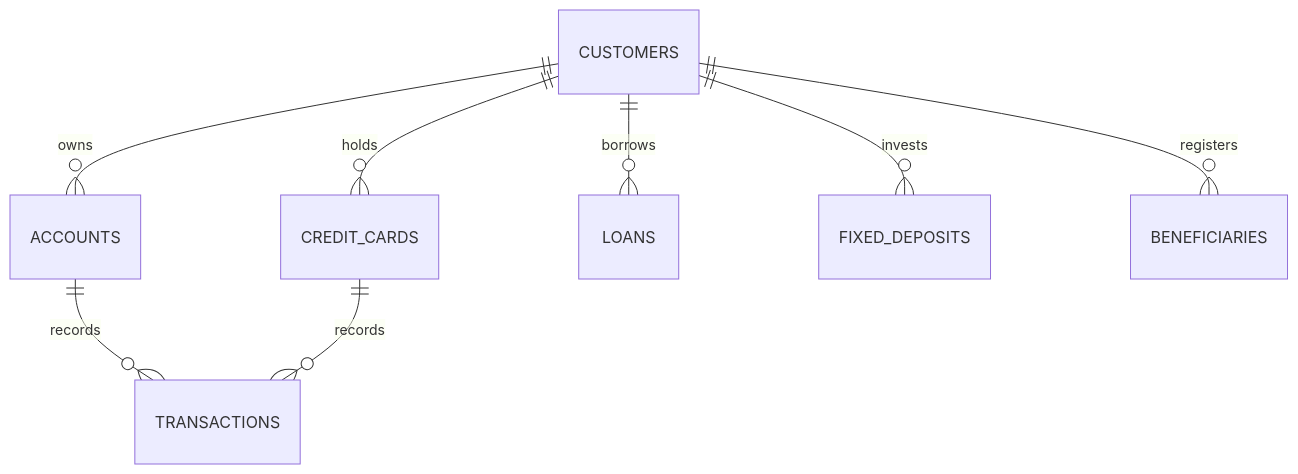
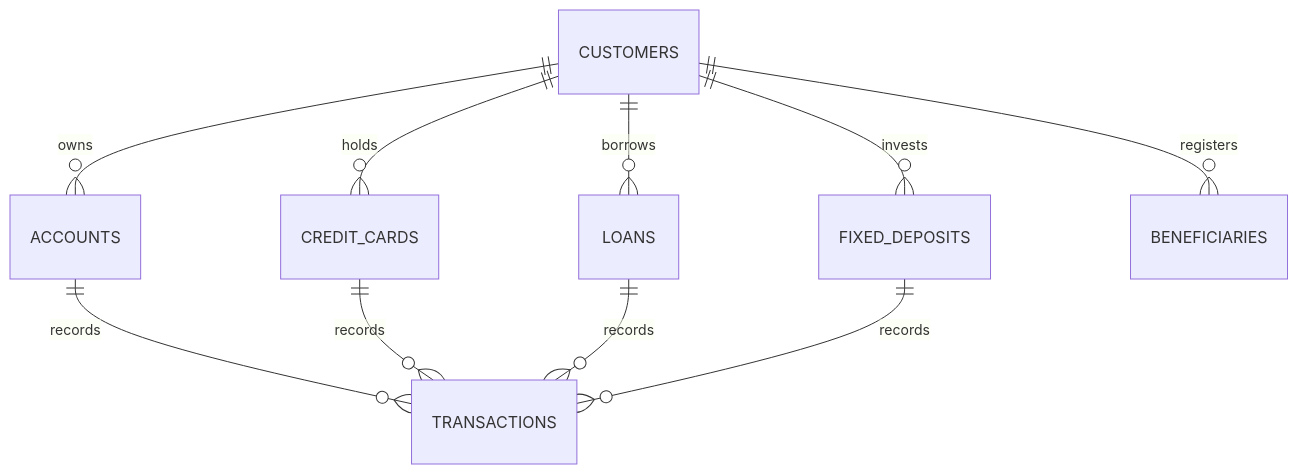
One commit to souravmighty/banking-agent changed the second of 2 diagrams in README.md. Above: the diagram before and after it, drawn with Mermaid. The commit also changed other lines of this file, not shown here.

````diff
--- a/README.md
+++ b/README.md
@@ -104,10 +111,12 @@
 ```mermaid
 erDiagram
     CUSTOMERS ||--o{ ACCOUNTS : "owns"
     CUSTOMERS ||--o{ CREDIT_CARDS : "holds"
     CUSTOMERS ||--o{ LOANS : "borrows"
     CUSTOMERS ||--o{ FIXED_DEPOSITS : "invests"
     CUSTOMERS ||--o{ BENEFICIARIES : "registers"
     ACCOUNTS ||--o{ TRANSACTIONS : "records"
     CREDIT_CARDS ||--o{ TRANSACTIONS : "records"
+    LOANS ||--o{ TRANSACTIONS : "records"
+    FIXED_DEPOSITS ||--o{ TRANSACTIONS : "records"
 ```
````
